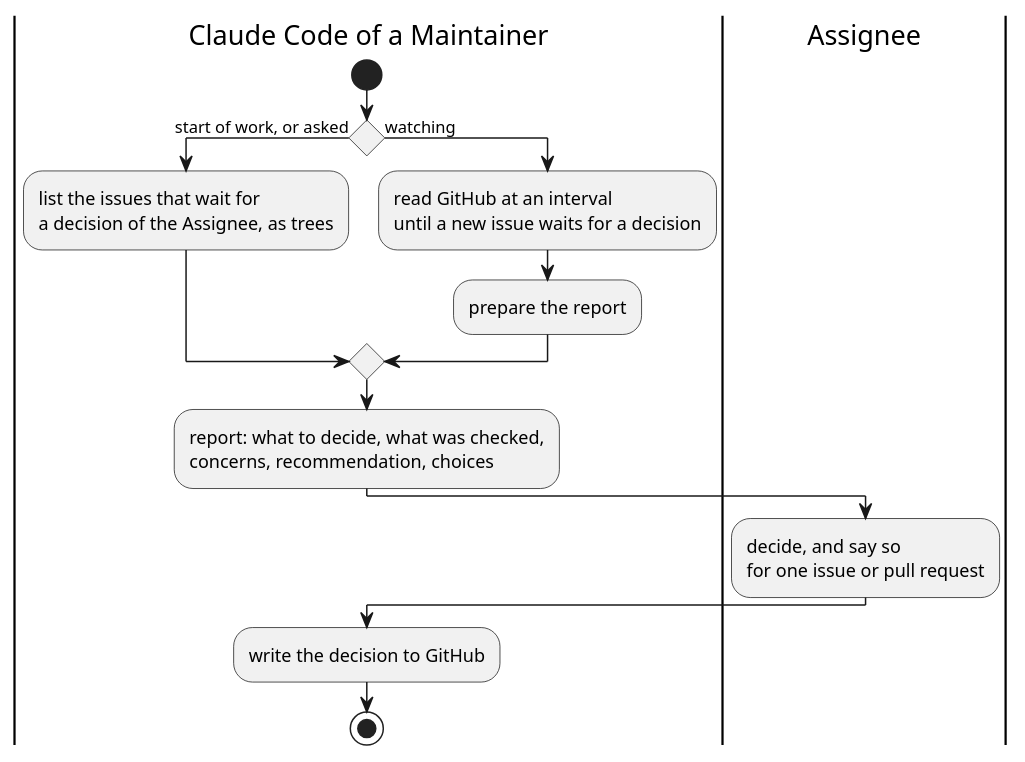
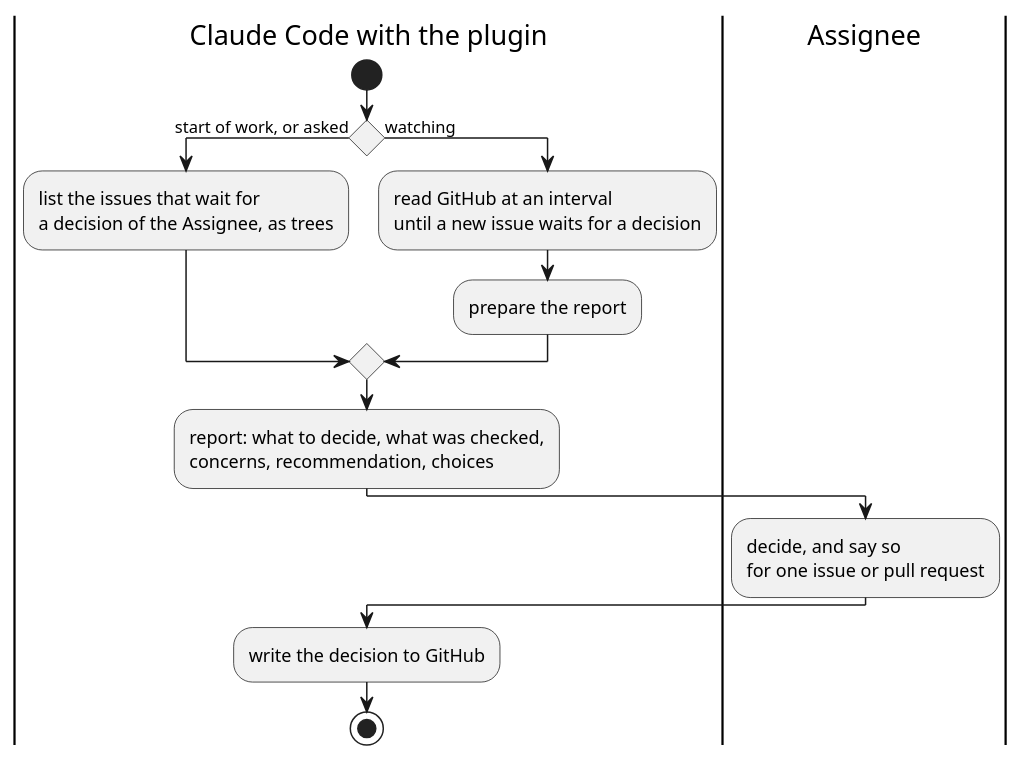
The diagram in docs/ja/requirements/decide/overview.puml (cloveclovedev/cumin-works), drawn with PlantUML before and after one commit. The commit also changed 7 other files, not shown here.

First line of the commit message:
docs(requirements): call the Claude Code that a person uses with the plugin just Claude Code

```diff
--- a/docs/ja/requirements/decide/overview.puml
+++ b/docs/ja/requirements/decide/overview.puml
@@ -1,20 +1,20 @@
 @startuml overview
-' cumin-works - how an Assignee decides together with the Claude Code of a Maintainer.
+' cumin-works - how an Assignee decides together with the Claude Code with the plugin.
 ' Render: run scripts/render-diagrams.sh at the root of the repository.
 
-|Claude Code of a Maintainer|
+|Claude Code with the plugin|
 start
 if () then (start of work, or asked)
   :list the issues that wait for\na decision of the Assignee, as trees;
 else (watching)
   :read GitHub at an interval\nuntil a new issue waits for a decision;
   :prepare the report;
 endif
 :report: what to decide, what was checked,\nconcerns, recommendation, choices;
 |Assignee|
 :decide, and say so\nfor one issue or pull request;
-|Claude Code of a Maintainer|
+|Claude Code with the plugin|
 :write the decision to GitHub;
 stop
 
 @enduml
```
